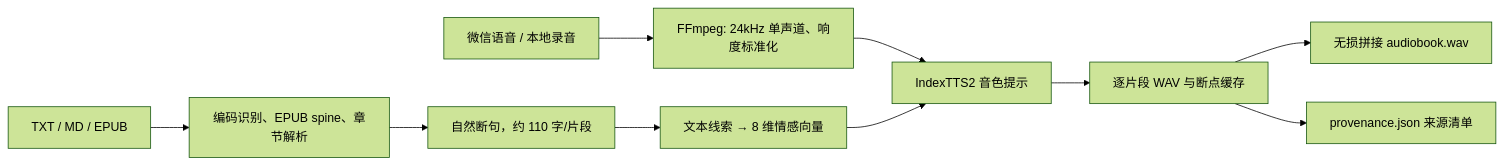
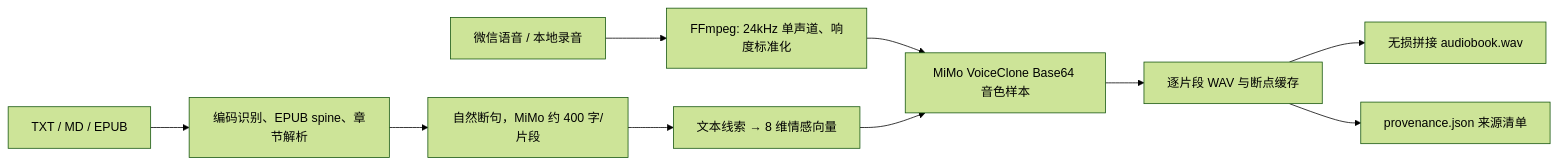
Before and after one commit to milkgod722/novel-voice-studio: the diagram in docs/TECHNICAL_DESIGN.md, drawn with Mermaid (forest theme). The commit also changed other lines of this file and 16 other files, not shown here.

````diff
--- a/docs/TECHNICAL_DESIGN.md
+++ b/docs/TECHNICAL_DESIGN.md
@@ -27,12 +27,12 @@
 ```mermaid
 flowchart LR
   A["微信语音 / 本地录音"] --> B["FFmpeg: 24kHz 单声道、响度标准化"]
   C["TXT / MD / EPUB"] --> D["编码识别、EPUB spine、章节解析"]
-  D --> E["自然断句，约 110 字/片段"]
+  D --> E["自然断句，MiMo 约 400 字/片段"]
   E --> F["文本线索 → 8 维情感向量"]
-  B --> G["IndexTTS2 音色提示"]
+  B --> G["MiMo VoiceClone Base64 音色样本"]
   F --> G
   G --> H["逐片段 WAV 与断点缓存"]
   H --> I["无损拼接 audiobook.wav"]
   H --> J["provenance.json 来源清单"]
 ```
````
